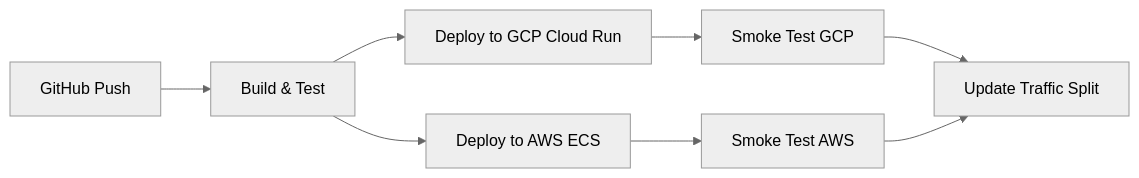
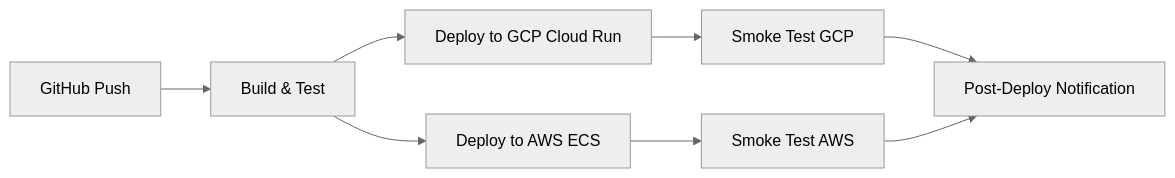
The diagram in posts/2026-02-17-how-to-build-a-hybrid-cicd-pipeline-using-github-actions-with-deployments-to-both-gcp-and-aws/README.md (OneUptime/blog), drawn with Mermaid (neutral theme) before and after one commit. The commit also changed other lines of this file and 2 other files, not shown here.

````diff
--- a/posts/2026-02-17-how-to-build-a-hybrid-cicd-pipeline-using-github-actions-with-deployments-to-both-gcp-and-aws/README.md
+++ b/posts/2026-02-17-how-to-build-a-hybrid-cicd-pipeline-using-github-actions-with-deployments-to-both-gcp-and-aws/README.md
@@ -19,10 +19,10 @@
 ```mermaid
 graph LR
     GH[GitHub Push] --> BUILD[Build & Test]
     BUILD --> GCP[Deploy to GCP Cloud Run]
     BUILD --> AWS[Deploy to AWS ECS]
     GCP --> VERIFY1[Smoke Test GCP]
     AWS --> VERIFY2[Smoke Test AWS]
-    VERIFY1 --> DNS[Update Traffic Split]
-    VERIFY2 --> DNS
+    VERIFY1 --> NOTIFY[Post-Deploy Notification]
+    VERIFY2 --> NOTIFY
 ```
````
